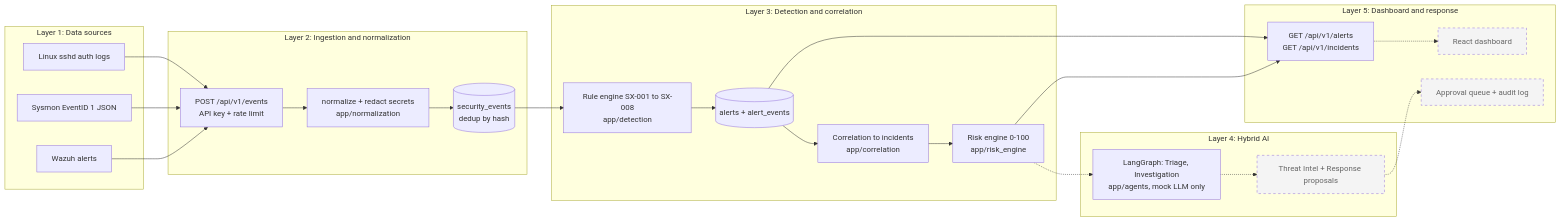
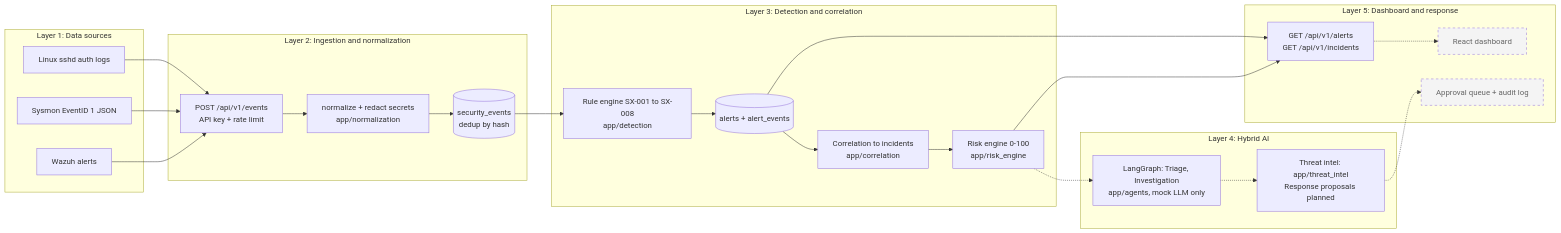
Before and after one commit to duynhat326/SentinelX-Hybrid-AI-powered-Security-Operations-Platform: the first of 2 diagrams in docs/architecture.md, drawn with Mermaid. The commit also changed other lines of this file and 27 other files, not shown here.

````diff
--- a/docs/architecture.md
+++ b/docs/architecture.md
@@ -5,37 +5,37 @@
 ```mermaid
 flowchart LR
     subgraph L1[Layer 1: Data sources]
         A1[Linux sshd auth logs]
         A2[Sysmon EventID 1 JSON]
         A3[Wazuh alerts]
     end
     subgraph L2[Layer 2: Ingestion and normalization]
         B1[POST /api/v1/events<br/>API key + rate limit]
         B2[normalize + redact secrets<br/>app/normalization]
         B3[(security_events<br/>dedup by hash)]
     end
     subgraph L3[Layer 3: Detection and correlation]
         C1[Rule engine SX-001 to SX-008<br/>app/detection]
         C2[(alerts + alert_events)]
         C3[Correlation to incidents<br/>app/correlation]
         C4[Risk engine 0-100<br/>app/risk_engine]
     end
     subgraph L4[Layer 4: Hybrid AI]
         D1[LangGraph: Triage, Investigation<br/>app/agents, mock LLM only]
-        D2[Threat Intel + Response proposals]:::planned
+        D2[Threat intel: app/threat_intel<br/>Response proposals planned]
     end
     subgraph L5[Layer 5: Dashboard and response]
         E1[GET /api/v1/alerts<br/>GET /api/v1/incidents]
         E2[React dashboard]:::planned
         E3[Approval queue + audit log]:::planned
     end
     A1 --> B1
     A2 --> B1
     A3 --> B1
     B1 --> B2 --> B3 --> C1 --> C2
     C2 --> E1
     C2 --> C3 --> C4 --> E1
     C4 -.-> D1 -.-> D2 -.-> E3
     E1 -.-> E2
     classDef planned stroke-dasharray: 5 5,fill:#f4f4f4,color:#666
 ```
````
